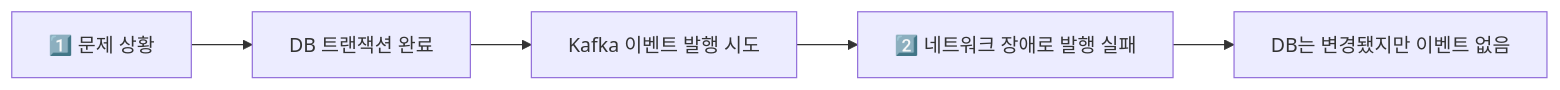
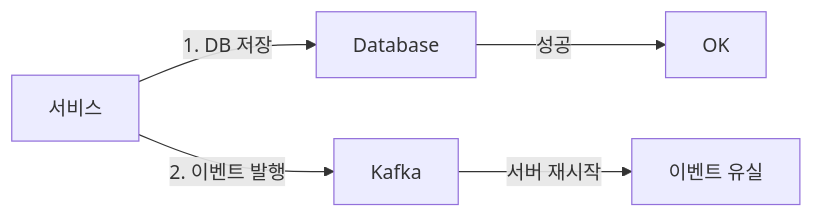
One commit to yjkim2015/yjkim2015.github.io changed the ninth of 12 diagrams in _posts/architecture/2026-05-02-distributed-transaction-deep.md. Above: the diagram before and after it, drawn with Mermaid. The commit also changed other lines of this file and 4 other files, not shown here.

````diff
--- a/_posts/architecture/2026-05-02-distributed-transaction-deep.md
+++ b/_posts/architecture/2026-05-02-distributed-transaction-deep.md
@@ -250,8 +1042,7 @@
 ```mermaid
 graph LR
-    Problem["1️⃣ 문제 상황"]
-    Problem --> Step1["DB 트랜잭션 완료"]
-    Step1 --> Step2["Kafka 이벤트 발행 시도"]
-    Step2 --> Fail["2️⃣ 네트워크 장애로 발행 실패"]
-    Fail --> Result["DB는 변경됐지만 이벤트 없음"]
+    SVC["서비스"] -->|"1. DB 저장"| DB["Database"]
+    SVC -->|"2. 이벤트 발행"| KF["Kafka"]
+    DB -->|"성공"| OK["OK"]
+    KF -->|"서버 재시작"| LOST["이벤트 유실"]
 ```
````
